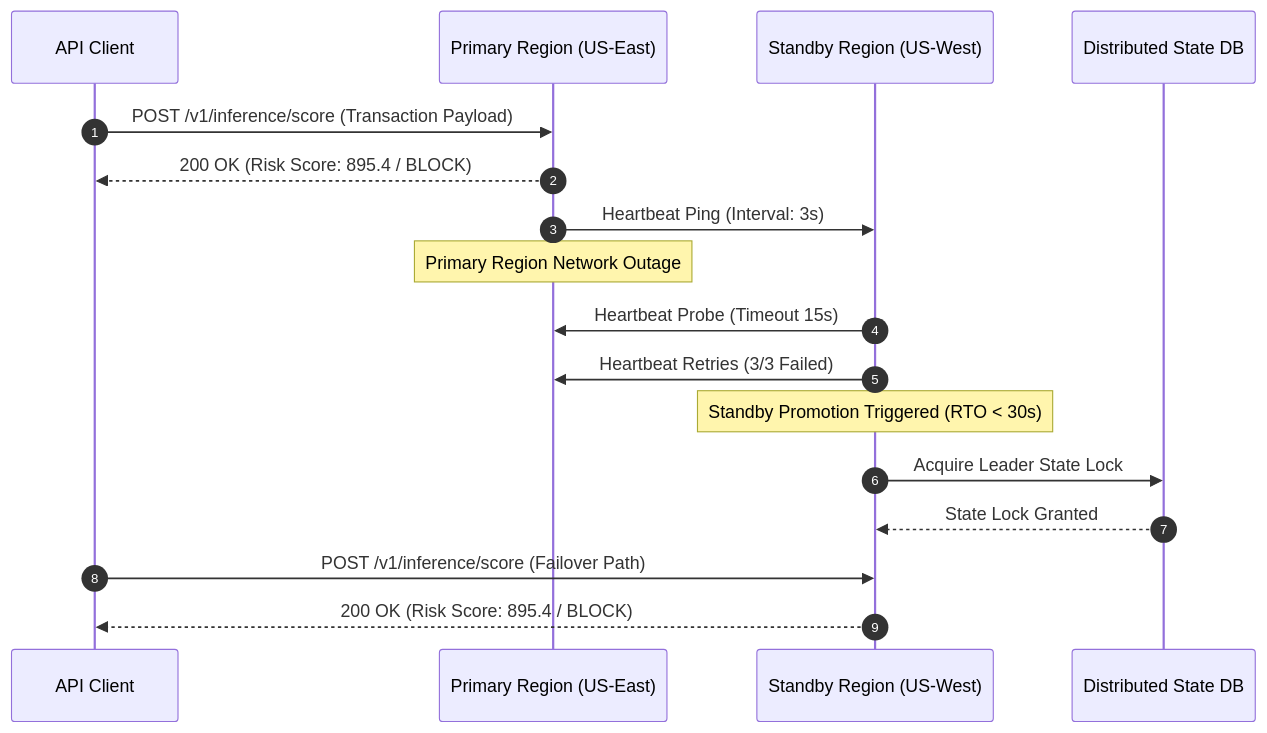
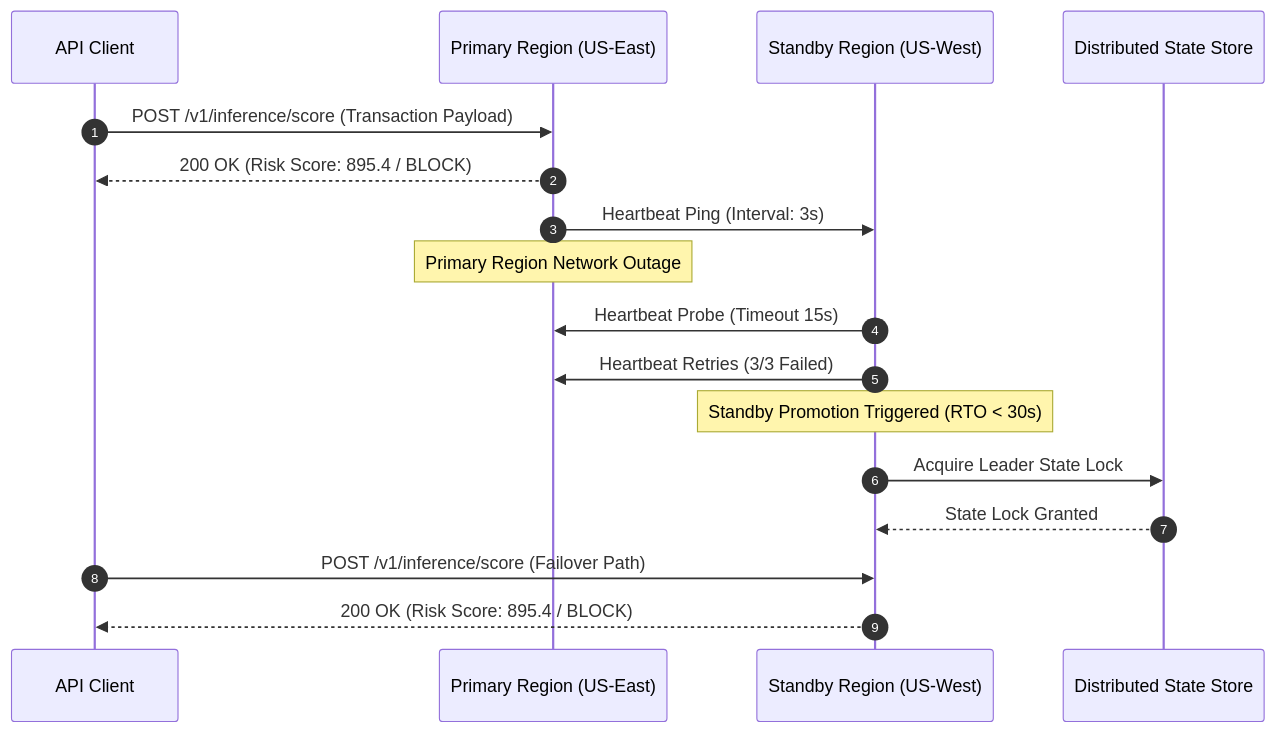
One commit to yusufcalisir/CF-Intelligence changed the second of 3 diagrams in README.md. Above: the diagram before and after it, drawn with Mermaid. The commit also changed other lines of this file and 8 other files, not shown here.

````diff
--- a/README.md
+++ b/README.md
@@ -150,24 +180,24 @@
 ```mermaid
 sequenceDiagram
     autonumber
     participant App as API Client
     participant Primary as Primary Region (US-East)
     participant Standby as Standby Region (US-West)
-    participant State as Distributed State DB
+    participant State as Distributed State Store
 
     App->>Primary: POST /v1/inference/score (Transaction Payload)
     Primary-->>App: 200 OK (Risk Score: 895.4 / BLOCK)
     Primary->>Standby: Heartbeat Ping (Interval: 3s)
     
     Note over Primary: Primary Region Network Outage
     
     Standby->>Primary: Heartbeat Probe (Timeout 15s)
     Standby->>Primary: Heartbeat Retries (3/3 Failed)
     
     Note over Standby: Standby Promotion Triggered (RTO < 30s)
     Standby->>State: Acquire Leader State Lock
     State-->>Standby: State Lock Granted
     
     App->>Standby: POST /v1/inference/score (Failover Path)
     Standby-->>App: 200 OK (Risk Score: 895.4 / BLOCK)
 ```
````
